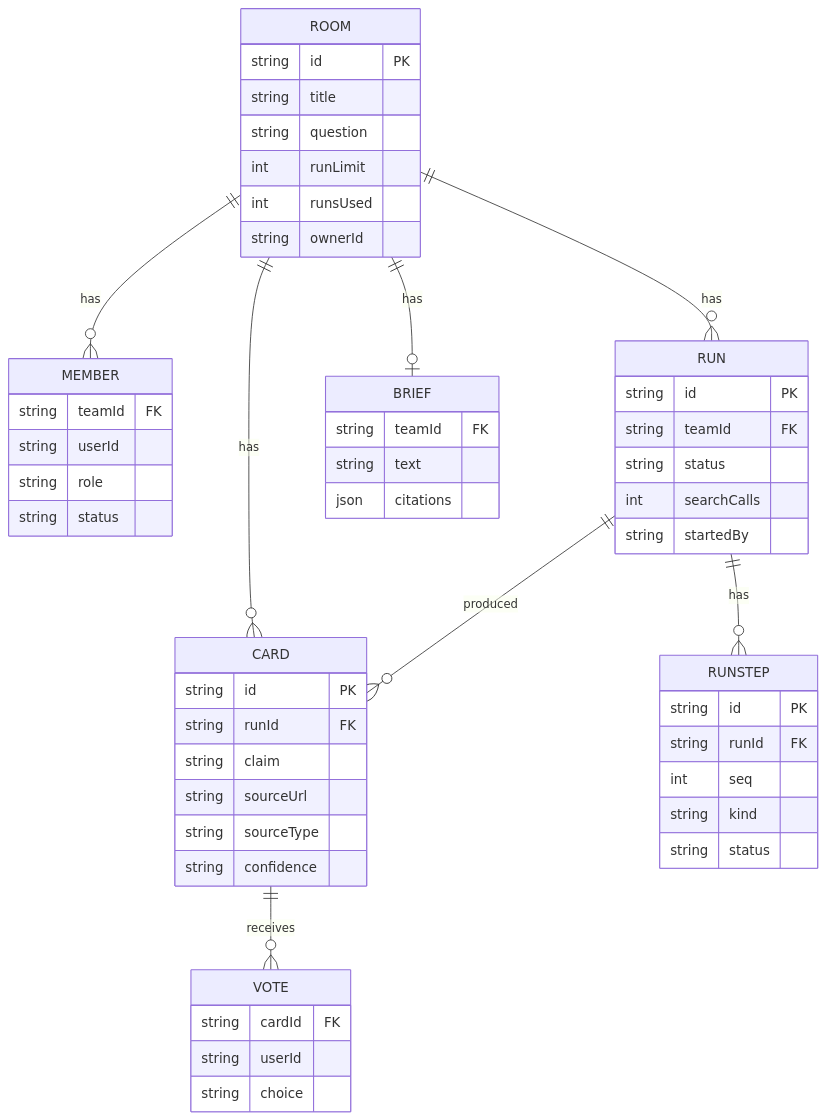
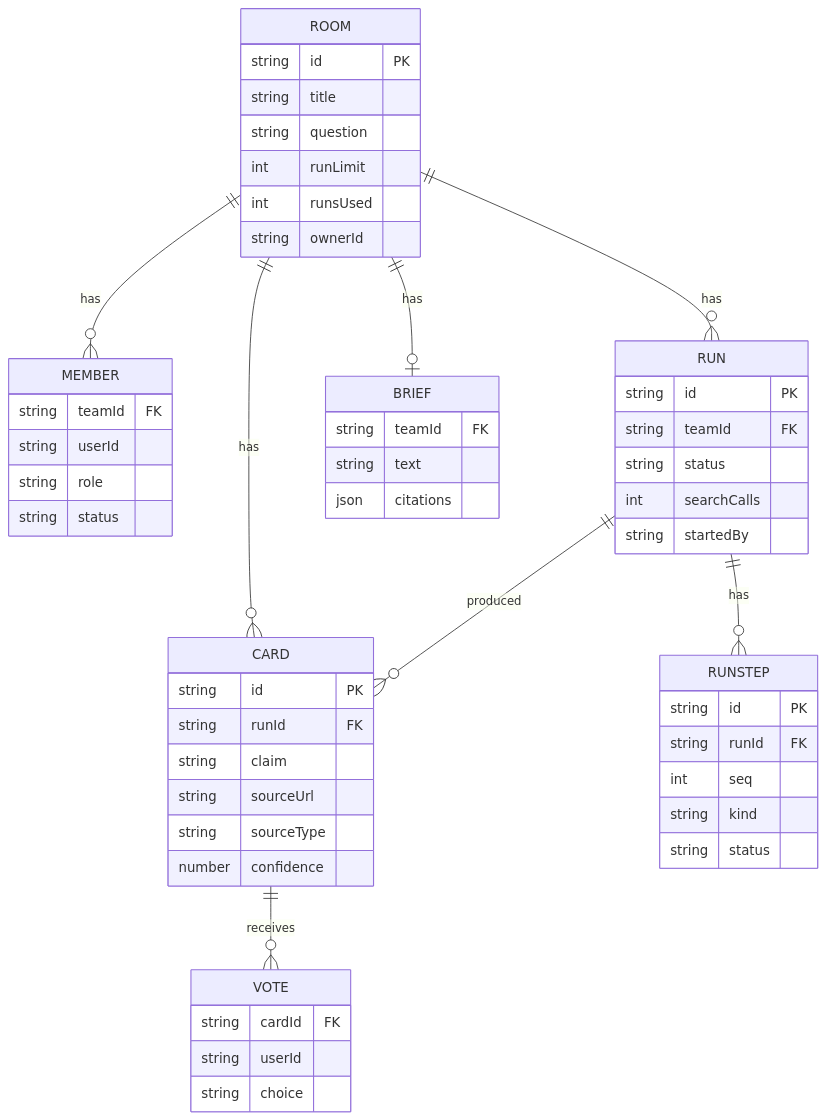
One commit to sanjurevanthar/scoutroom changed the diagram in docs/design/06-data-model.md. Above: the diagram before and after it, drawn with Mermaid. The commit also changed other lines of this file and 2 other files, not shown here.

````diff
--- a/docs/design/06-data-model.md
+++ b/docs/design/06-data-model.md
@@ -7,56 +7,56 @@
 ```mermaid
 erDiagram
   ROOM ||--o{ MEMBER : has
   ROOM ||--o{ RUN : has
   ROOM ||--o{ CARD : has
   ROOM ||--o| BRIEF : has
   RUN  ||--o{ RUNSTEP : has
   RUN  ||--o{ CARD : produced
   CARD ||--o{ VOTE : receives
   ROOM {
     string id PK
     string title
     string question
     int runLimit
     int runsUsed
     string ownerId
   }
   MEMBER {
     string teamId FK
     string userId
     string role
     string status
   }
   RUN {
     string id PK
     string teamId FK
     string status
     int searchCalls
     string startedBy
   }
   RUNSTEP {
     string id PK
     string runId FK
     int seq
     string kind
     string status
   }
   CARD {
     string id PK
     string runId FK
     string claim
     string sourceUrl
     string sourceType
-    string confidence
+    number confidence
   }
   VOTE {
     string cardId FK
     string userId
     string choice
   }
   BRIEF {
     string teamId FK
     string text
     json citations
   }
 ```
````
